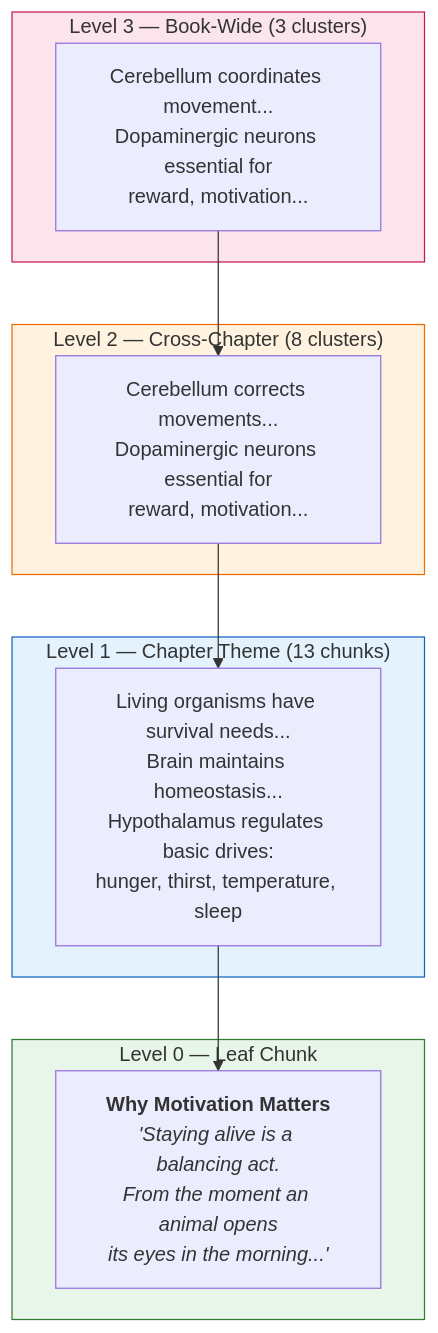
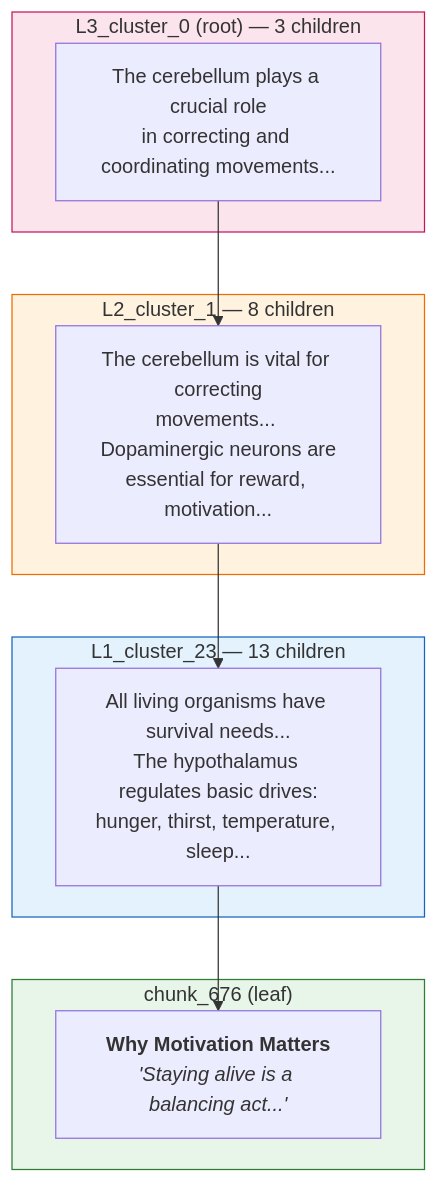
Before and after one commit to crlsrmrlsz/raglab: the diagram in docs/chunking/raptor.md, drawn with Mermaid. The commit also changed other lines of this file, not shown here.

First line of the commit message:
docs: show exact tree path with chunk IDs in raptor.md example

````diff
--- a/docs/chunking/raptor.md
+++ b/docs/chunking/raptor.md
@@ -111,27 +113,27 @@
 ```mermaid
 flowchart TB
-    subgraph L3["Level 3 — Book-Wide (3 clusters)"]
-        S3["Cerebellum coordinates movement...<br/>Dopaminergic neurons essential for<br/>reward, motivation..."]
+    subgraph L3["L3_cluster_0 (root) — 3 children"]
+        S3["The cerebellum plays a crucial role<br/>in correcting and coordinating movements..."]
     end
 
-    subgraph L2["Level 2 — Cross-Chapter (8 clusters)"]
-        S2["Cerebellum corrects movements...<br/>Dopaminergic neurons essential for<br/>reward, motivation..."]
+    subgraph L2["L2_cluster_1 — 8 children"]
+        S2["The cerebellum is vital for correcting<br/>movements... Dopaminergic neurons are<br/>essential for reward, motivation..."]
     end
 
-    subgraph L1["Level 1 — Chapter Theme (13 chunks)"]
-        S1["Living organisms have survival needs...<br/>Brain maintains homeostasis...<br/>Hypothalamus regulates basic drives:<br/>hunger, thirst, temperature, sleep"]
+    subgraph L1["L1_cluster_23 — 13 children"]
+        S1["All living organisms have survival needs...<br/>The hypothalamus regulates basic drives:<br/>hunger, thirst, temperature, sleep..."]
     end
 
-    subgraph L0["Level 0 — Leaf Chunk"]
-        C["<b>Why Motivation Matters</b><br/><i>'Staying alive is a balancing act.<br/>From the moment an animal opens<br/>its eyes in the morning...'</i>"]
+    subgraph L0["chunk_676 (leaf)"]
+        C["<b>Why Motivation Matters</b><br/><i>'Staying alive is a balancing act...'</i>"]
     end
 
     S3 --> S2
     S2 --> S1
     S1 --> C
 
     style L3 fill:#fce4ec,stroke:#c2185b
     style L2 fill:#fff3e0,stroke:#ef6c00
     style L1 fill:#e3f2fd,stroke:#1565c0
     style L0 fill:#e8f5e9,stroke:#2e7d32
 ```
````
